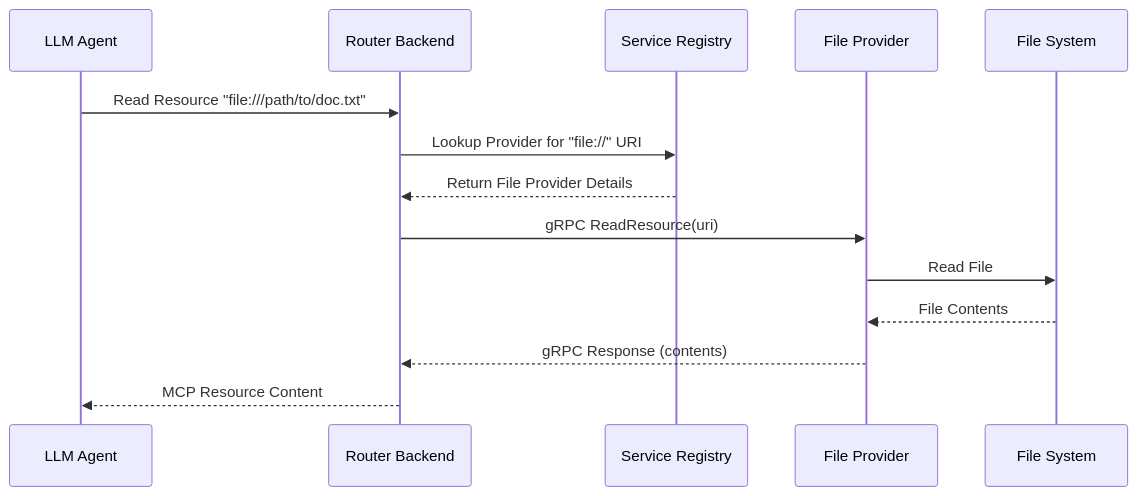
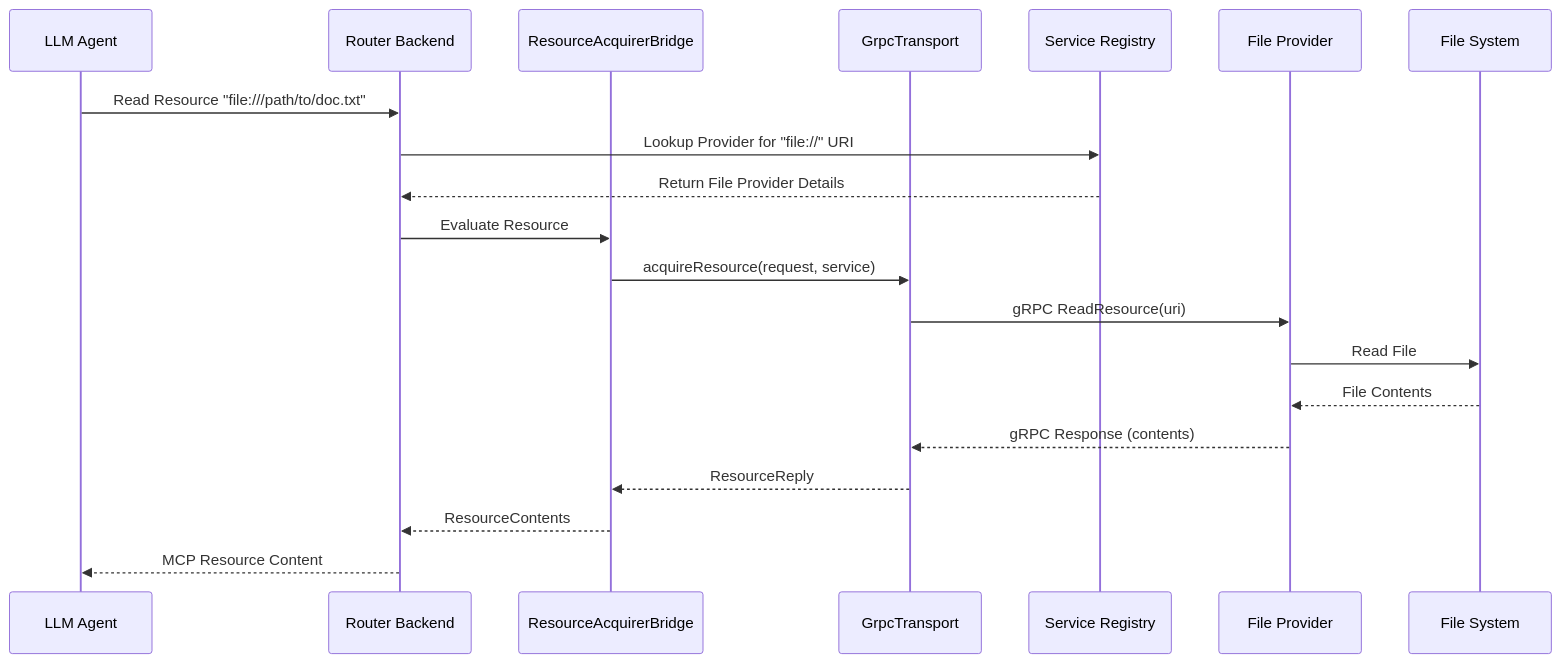
One commit to wanaku-ai/wanaku changed the fourth of 11 diagrams in docs/architecture.md. Above: the diagram before and after it, drawn with Mermaid. The commit also changed other lines of this file and 25 other files, not shown here.

First line of the commit message:
Refactor the gRPC bridge

````diff
--- a/docs/architecture.md
+++ b/docs/architecture.md
@@ -201,17 +214,23 @@
 ```mermaid
 sequenceDiagram
     participant LLM as LLM Agent
     participant Router as Router Backend
+    participant Bridge as ResourceAcquirerBridge
+    participant Transport as GrpcTransport
     participant Registry as Service Registry
     participant FileProv as File Provider
     participant FS as File System
 
     LLM->>Router: Read Resource "file:///path/to/doc.txt"
     Router->>Registry: Lookup Provider for "file://" URI
     Registry-->>Router: Return File Provider Details
-    Router->>FileProv: gRPC ReadResource(uri)
+    Router->>Bridge: Evaluate Resource
+    Bridge->>Transport: acquireResource(request, service)
+    Transport->>FileProv: gRPC ReadResource(uri)
     FileProv->>FS: Read File
     FS-->>FileProv: File Contents
-    FileProv-->>Router: gRPC Response (contents)
+    FileProv-->>Transport: gRPC Response (contents)
+    Transport-->>Bridge: ResourceReply
+    Bridge-->>Router: ResourceContents
     Router-->>LLM: MCP Resource Content
 ```
````
